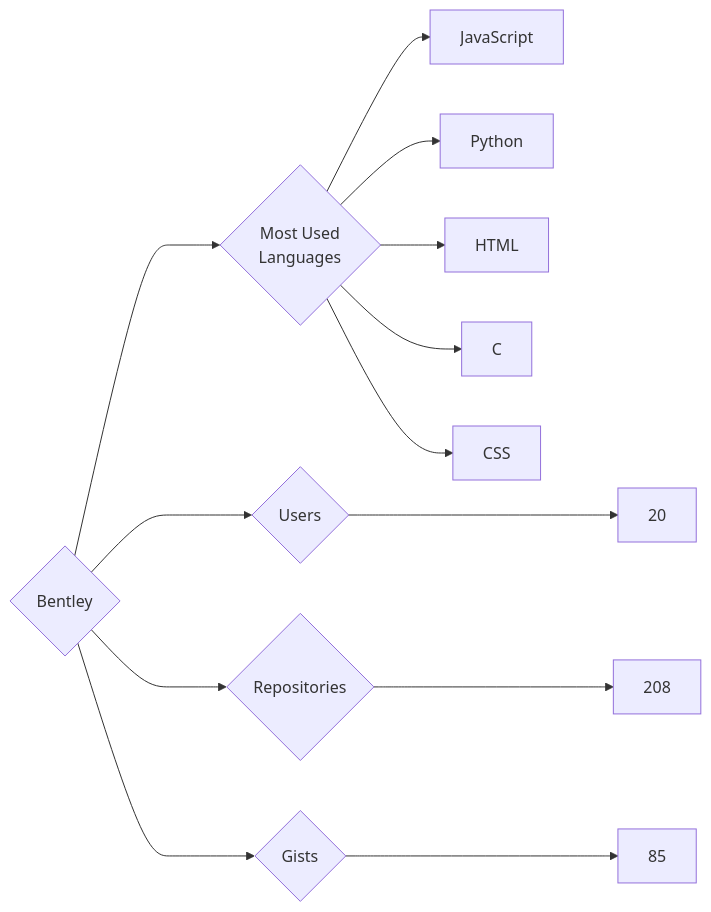
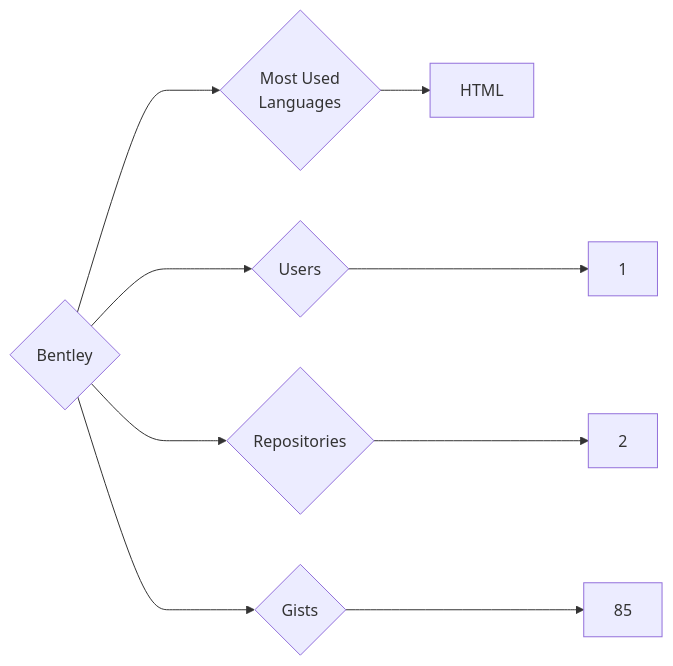
Before and after one commit to trickest/insiders: the diagram in targets/Bentley/README.md, drawn with Mermaid. The commit also changed 777 other files, not shown here.

````diff
--- a/targets/Bentley/README.md
+++ b/targets/Bentley/README.md
@@ -3,13 +3,9 @@
 ```mermaid
 graph LR
 COMPANY_NAME{Bentley}
-COMPANY_NAME ---> U{Users} ---> UN[20]
-COMPANY_NAME ---> R{Repositories} ---> RN[208]
+COMPANY_NAME ---> U{Users} ---> UN[1]
+COMPANY_NAME ---> R{Repositories} ---> RN[2]
 COMPANY_NAME ---> G{Gists} ---> GN[85]
 COMPANY_NAME ---> ML{Most Used<br>Languages}
-ML --> JavaScript[JavaScript]
-ML --> Python[Python]
 ML --> HTML[HTML]
-ML --> C[C]
-ML --> CSS[CSS]
 ```
````
